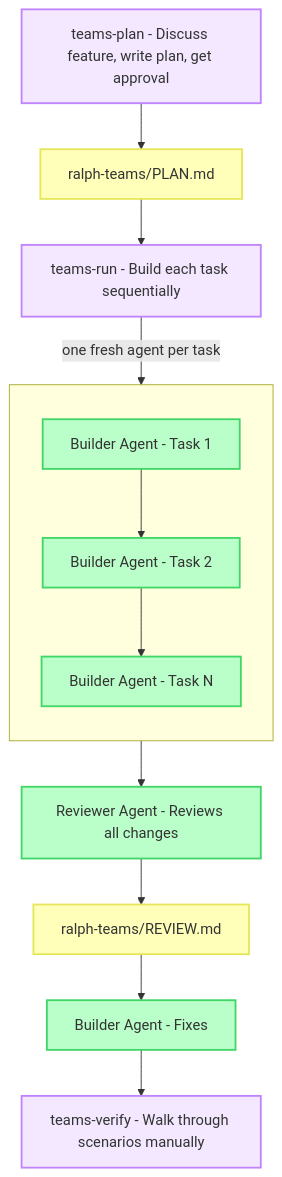
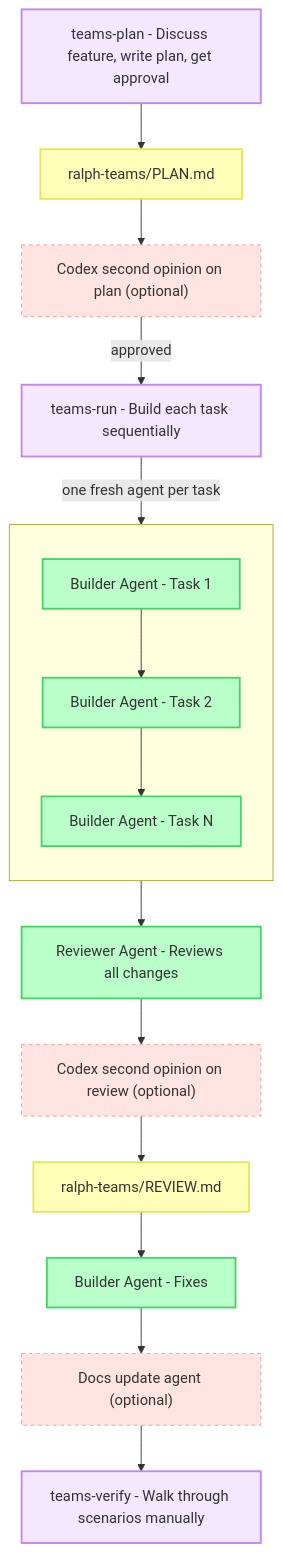
One commit to tuansondinh/ralph-teams-codex changed the diagram in FLOW.md. Above: the diagram before and after it, drawn with Mermaid. The commit also changed 8 other files, not shown here.

````diff
--- a/FLOW.md
+++ b/FLOW.md
@@ -3,38 +3,45 @@
 ```mermaid
 flowchart TD
     classDef user fill:#ffdfba,stroke:#ffb347,stroke-width:2px,color:#333
     classDef orch fill:#bae1ff,stroke:#5facff,stroke-width:2px,color:#333
     classDef agent fill:#baffc9,stroke:#42d669,stroke-width:2px,color:#333
     classDef doc fill:#ffffba,stroke:#e6e65a,stroke-width:2px,color:#333
     classDef cmd fill:#f3e8ff,stroke:#c084fc,stroke-width:2px,color:#333
+    classDef optional fill:#ffe4e1,stroke:#ff9999,stroke-width:1px,stroke-dasharray:4,color:#333
 
     P1["teams-plan - Discuss feature, write plan, get approval"]:::cmd
     P["ralph-teams/PLAN.md"]:::doc
+    CX1["Codex second opinion on plan (optional)"]:::optional
 
     P1 --> P
+    P --> CX1
 
     P2["teams-run - Build each task sequentially"]:::cmd
 
-    P --> P2
+    CX1 -->|"approved"| P2
 
     subgraph Build[" "]
         direction TB
         B1["Builder Agent - Task 1"]:::agent
         B2["Builder Agent - Task 2"]:::agent
         BN["Builder Agent - Task N"]:::agent
         B1 --> B2 --> BN
     end
 
     P2 -->|"one fresh agent per task"| Build
 
     R["Reviewer Agent - Reviews all changes"]:::agent
+    CX2["Codex second opinion on review (optional)"]:::optional
     REV["ralph-teams/REVIEW.md"]:::doc
     BF["Builder Agent - Fixes"]:::agent
+    DOCS["Docs update agent (optional)"]:::optional
 
     Build --> R
-    R --> REV
+    R --> CX2
+    CX2 --> REV
     REV --> BF
+    BF --> DOCS
 
     P3["teams-verify - Walk through scenarios manually"]:::cmd
-    BF --> P3
+    DOCS --> P3
 ```
````
